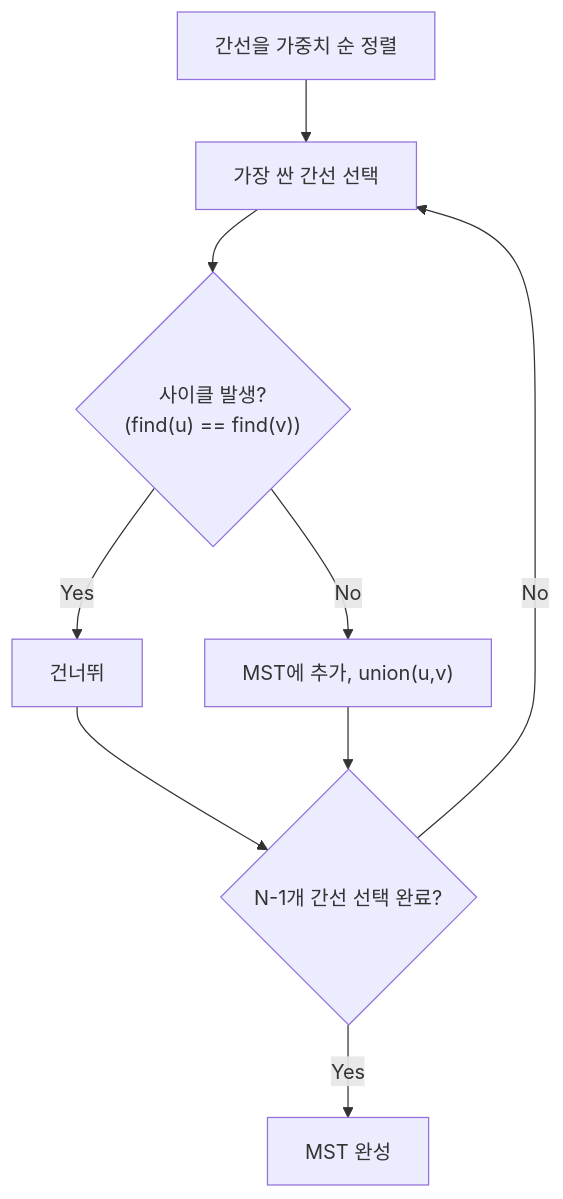
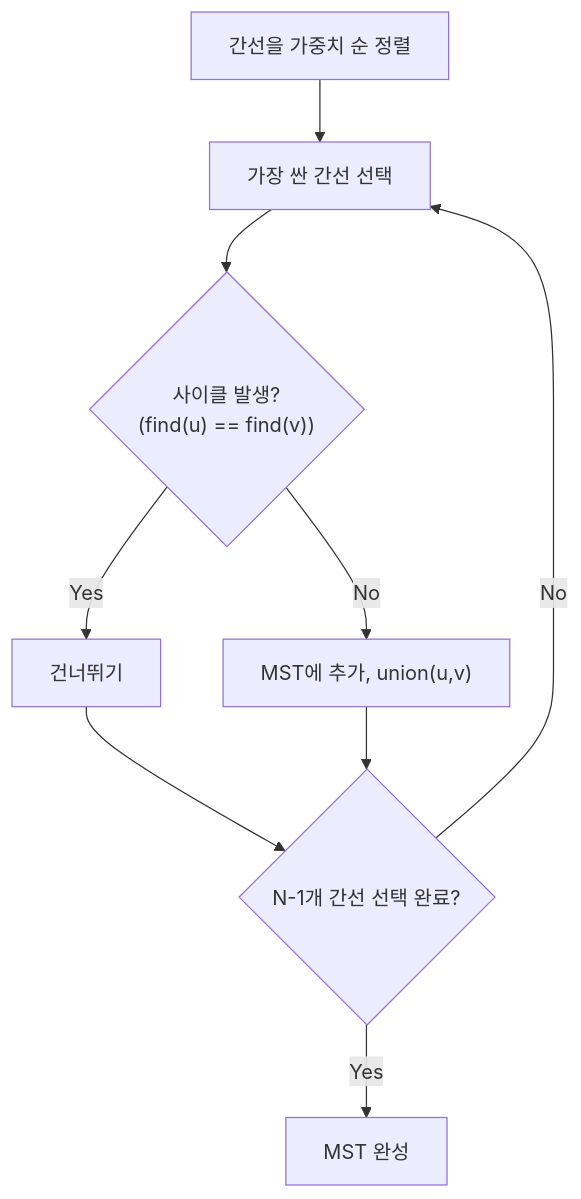
Before and after one commit to mandoobox/mandoobox.github.io: the second of 3 diagrams in _posts/algorithm/2026-03-07-mst.md, drawn with Mermaid. The commit also changed 7 other files, not shown here.

````diff
--- a/_posts/algorithm/2026-03-07-mst.md
+++ b/_posts/algorithm/2026-03-07-mst.md
@@ -146,11 +146,11 @@
 ```mermaid
 flowchart TD
     A["간선을 가중치 순 정렬"] --> B["가장 싼 간선 선택"]
     B --> C{"사이클 발생?<br/>(find(u) == find(v))"}
-    C -->|Yes| D["건너뛰"]
+    C -->|Yes| D["건너뛰기"]
     C -->|No| E["MST에 추가, union(u,v)"]
     D --> F{"N-1개 간선 선택 완료?"}
     E --> F
     F -->|No| B
     F -->|Yes| G["MST 완성"]
 ```
````
